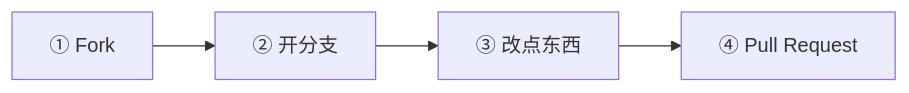
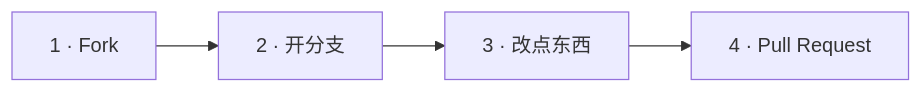
One commit to saya-ch/dsh-amadeus changed the fifth of 5 diagrams in README.md. Above: the diagram before and after it, drawn with Mermaid. The commit also changed other lines of this file, not shown here.

````diff
--- a/README.md
+++ b/README.md
@@ -573,4 +564,4 @@
 ```mermaid
 flowchart LR
-    F["① Fork"] --> B["② 开分支"] --> C["③ 改点东西"] --> P["④ Pull Request"]
+    F["1 · Fork"] --> B["2 · 开分支"] --> C["3 · 改点东西"] --> P["4 · Pull Request"]
 ```
````
